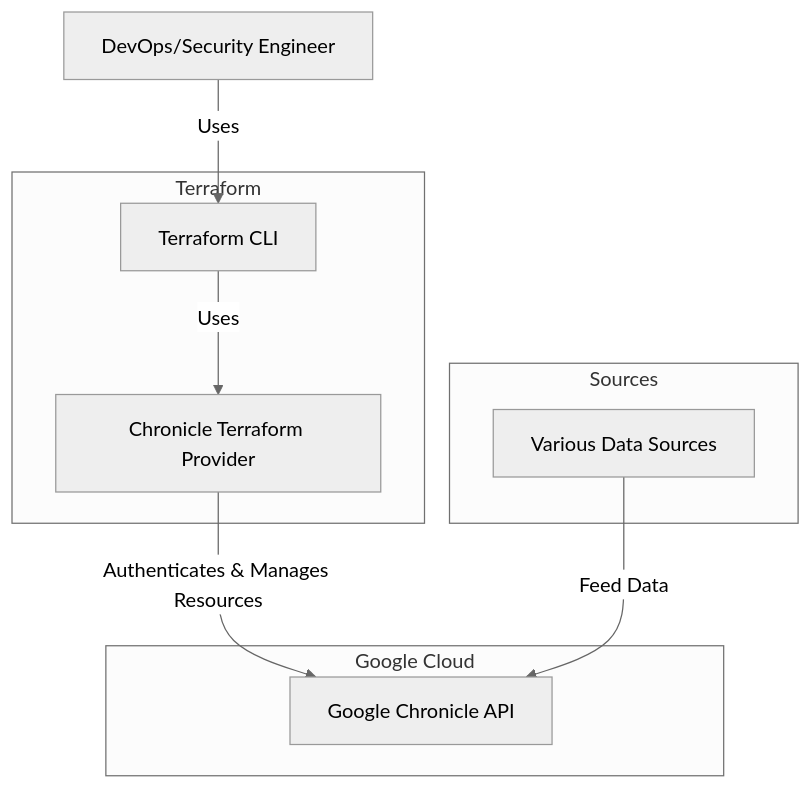
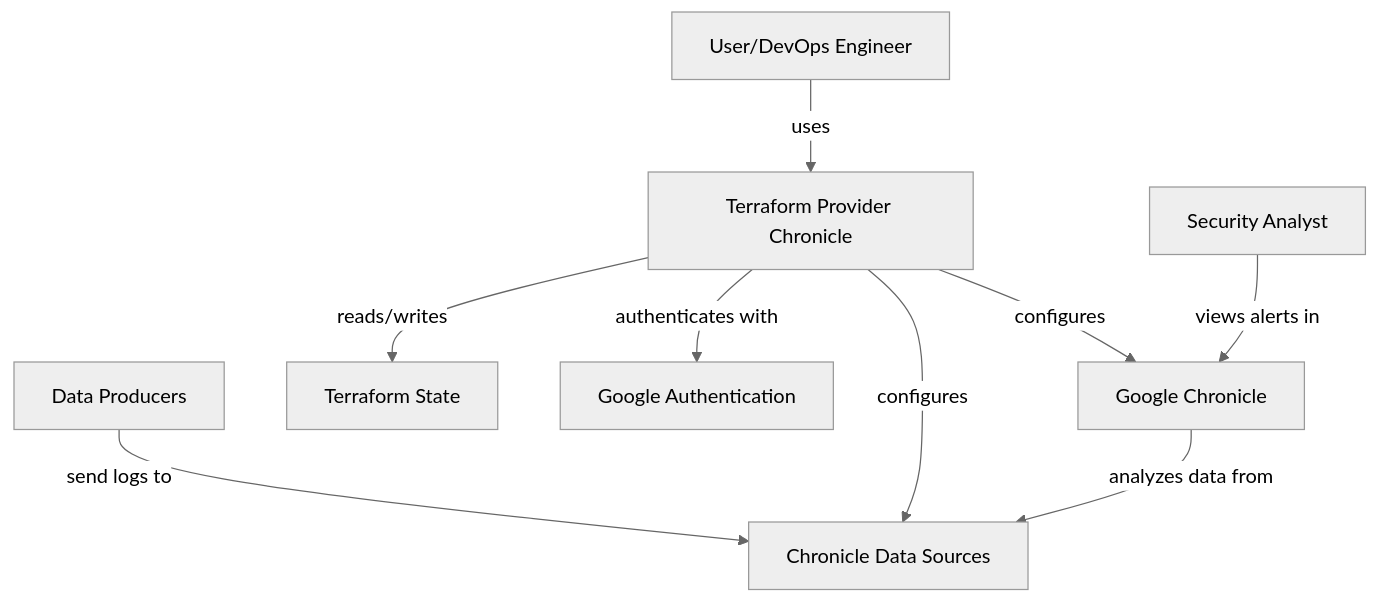
One commit to xvnpw/ai-security-analyzer changed the first of 4 diagrams in examples/form3tech-oss/dir-sec-design-terraform-provider-chronicle-anthropicclaude-3.7-sonnetthinking.md. Above: the diagram before and after it, drawn with Mermaid (neutral theme). The commit also changed other lines of this file and 30 other files, not shown here.

````diff
--- a/examples/form3tech-oss/dir-sec-design-terraform-provider-chronicle-anthropicclaude-3.7-sonnetthinking.md
+++ b/examples/form3tech-oss/dir-sec-design-terraform-provider-chronicle-anthropicclaude-3.7-sonnetthinking.md
@@ -78,20 +75,11 @@
 ```mermaid
 graph TD
-    TerraformUser[DevOps/Security Engineer] -->|Uses| TerraformCLI[Terraform CLI]
-    TerraformCLI -->|Uses| ChronicleProvider[Chronicle Terraform Provider]
-    ChronicleProvider -->|Authenticates & Manages Resources| ChronicleAPI[Google Chronicle API]
-    DataSources[Various Data Sources] -->|Feed Data| ChronicleAPI
-
-    subgraph Sources
-        DataSources
-    end
-
-    subgraph Terraform
-        TerraformCLI
-        ChronicleProvider
-    end
-
-    subgraph Google Cloud
-        ChronicleAPI
-    end
+    U[User/DevOps Engineer] -->|uses| TP[Terraform Provider Chronicle]
+    TP -->|configures| GC[Google Chronicle]
+    TP -->|reads/writes| TF[Terraform State]
+    TP -->|authenticates with| GAC[Google Authentication]
+    DP[Data Producers] -->|send logs to| SRC[Chronicle Data Sources]
+    TP -->|configures| SRC
+    GC -->|analyzes data from| SRC
+    SA[Security Analyst] -->|views alerts in| GC
 ```
````
